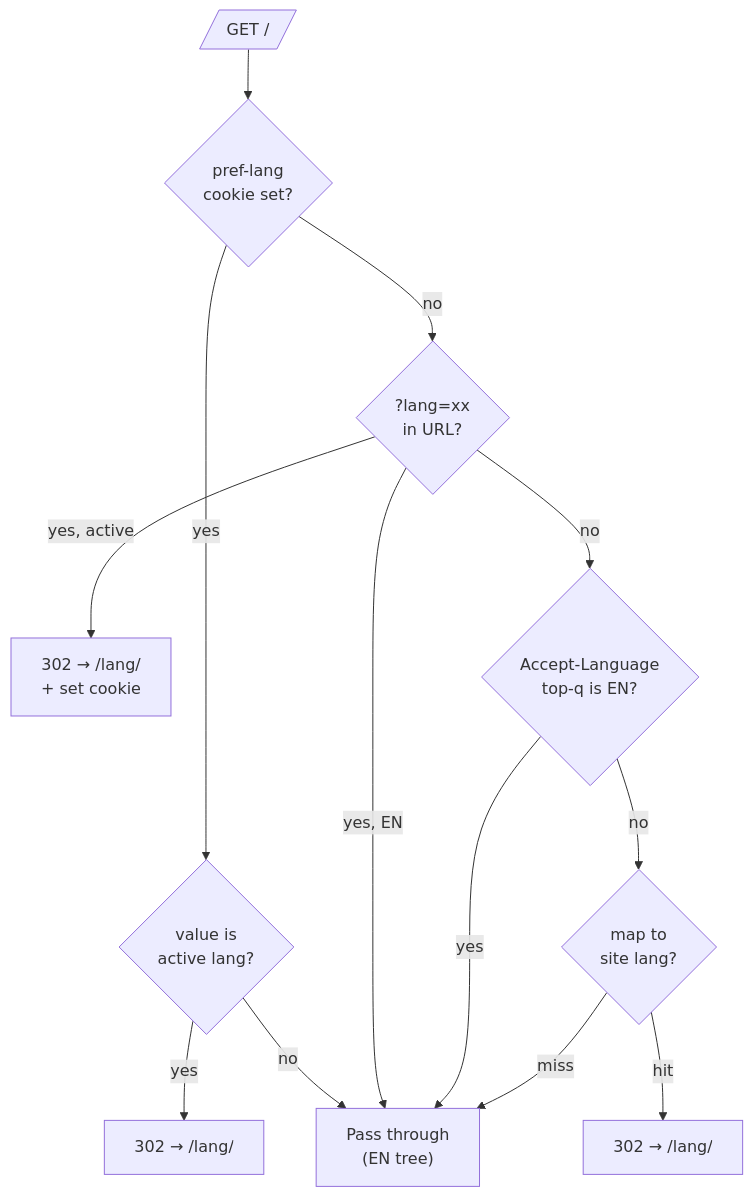
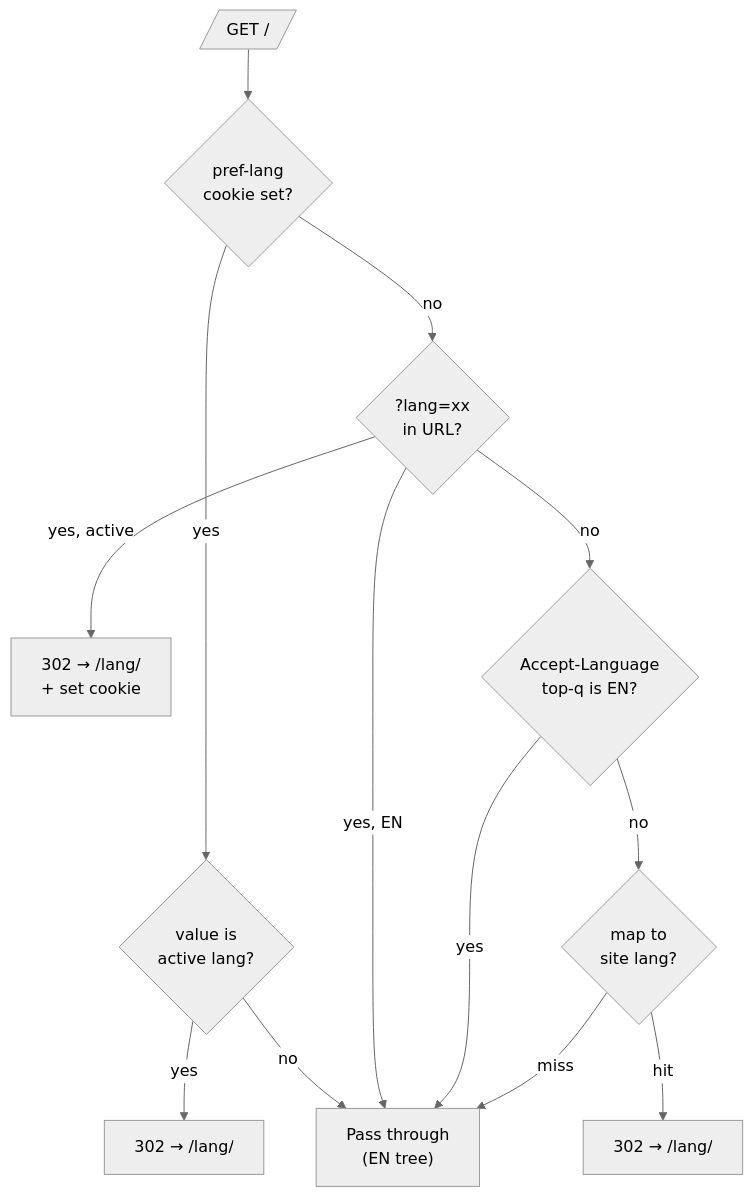
One commit to sebastienrousseau/sebastienrousseau.github.io changed the fourth of 6 diagrams in README.md. Above: the diagram before and after it, drawn with Mermaid. The commit also changed other lines of this file and 6 other files, not shown here.

First line of the commit message:
docs: clean Mermaid diagrams — neutral theme, no emoji, restructured long flows

````diff
--- a/README.md
+++ b/README.md
@@ -404,15 +417,16 @@
 ```mermaid
+%%{init: {'theme':'neutral'} }%%
 flowchart TD
-    REQ[/"GET /"/] --> COOKIE{"pref-lang<br/>cookie set?"}
-    COOKIE -->|yes| LANG_OK{"value is<br/>active lang?"}
-    LANG_OK -->|yes| R1["302 → /lang/"]
-    LANG_OK -->|no| PASS["Pass through<br/>(EN tree)"]
-    COOKIE -->|no| QP{"?lang=xx<br/>in URL?"}
-    QP -->|yes, EN| PASS
-    QP -->|yes, active| R2["302 → /lang/<br/>+ set cookie"]
-    QP -->|no| AL{"Accept-Language<br/>top-q is EN?"}
-    AL -->|yes| PASS
-    AL -->|no| MAP{"map to<br/>site lang?"}
-    MAP -->|hit| R3["302 → /lang/"]
-    MAP -->|miss| PASS
+ REQ[/"GET /"/] --> COOKIE{"pref-lang<br/>cookie set?"}
+ COOKIE -->|yes| LANG_OK{"value is<br/>active lang?"}
+ LANG_OK -->|yes| R1["302 → /lang/"]
+ LANG_OK -->|no| PASS["Pass through<br/>(EN tree)"]
+ COOKIE -->|no| QP{"?lang=xx<br/>in URL?"}
+ QP -->|yes, EN| PASS
+ QP -->|yes, active| R2["302 → /lang/<br/>+ set cookie"]
+ QP -->|no| AL{"Accept-Language<br/>top-q is EN?"}
+ AL -->|yes| PASS
+ AL -->|no| MAP{"map to<br/>site lang?"}
+ MAP -->|hit| R3["302 → /lang/"]
+ MAP -->|miss| PASS
 ```
````
